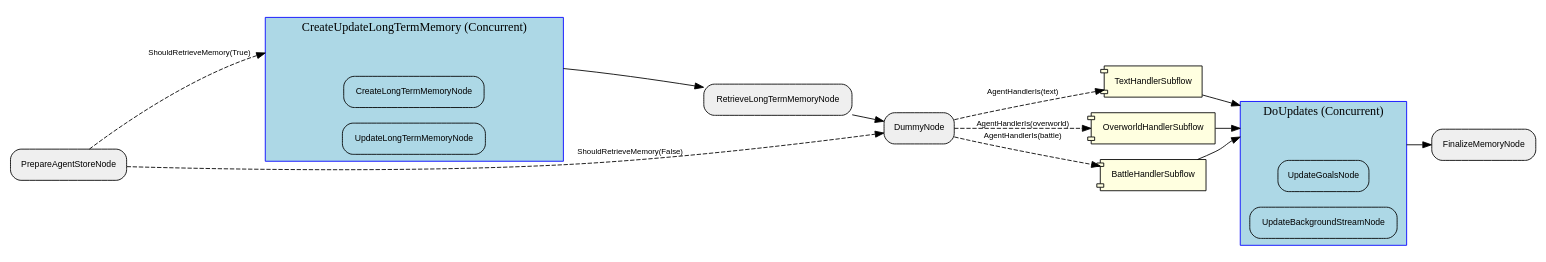
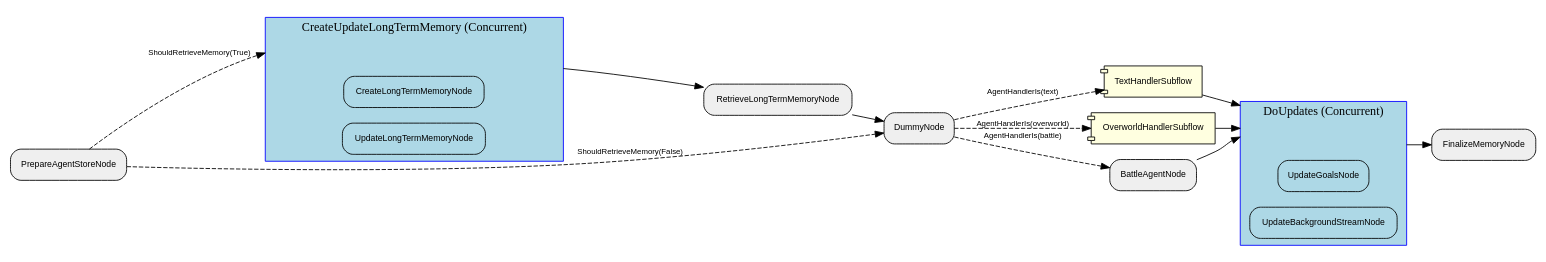
One commit to clambro/ai-plays-pokemon changed the diagram in visualization/agent_graph/Graph.dot. Above: the diagram before and after it, drawn with Graphviz. The commit also changed 82 other files, not shown here.

First line of the commit message:
Replace the junjo battle subflow with a Pydantic AI agent (#91)

```diff
--- a/visualization/agent_graph/Graph.dot
+++ b/visualization/agent_graph/Graph.dot
@@ -1,46 +1,46 @@
 digraph "G" {
   rankdir=LR;
   compound=true;
   node [shape=box, style="rounded,filled", fillcolor="#EFEFEF", fontname="Helvetica", fontsize=10];
   edge [fontname="Helvetica", fontsize=9];
   subgraph "cluster_o0O6dLxKLhdviNccnpYR1" {
     label="CreateUpdateLongTermMemory (Concurrent)";
     style="filled"; fillcolor="lightblue"; color="blue";
     node [fillcolor="lightblue", style="filled,rounded"];
     "o0O6dLxKLhdviNccnpYR1__entry" [label="", shape=point, width=0.01, style=invis];
     "o0O6dLxKLhdviNccnpYR1__exit"  [label="", shape=point, width=0.01, style=invis];
     g44YdhDLLbvrLy1YJ5SG7 [label="CreateLongTermMemoryNode"];
     QmkJGpdVAtGnBNCpujMZF [label="UpdateLongTermMemoryNode"];
   }
   subgraph "cluster_RtTGRwTSA4xy6Vozt075l" {
     label="DoUpdates (Concurrent)";
     style="filled"; fillcolor="lightblue"; color="blue";
     node [fillcolor="lightblue", style="filled,rounded"];
     "RtTGRwTSA4xy6Vozt075l__entry" [label="", shape=point, width=0.01, style=invis];
     "RtTGRwTSA4xy6Vozt075l__exit"  [label="", shape=point, width=0.01, style=invis];
     jFSoMuMTOFy83u5f7QtdA [label="UpdateGoalsNode"];
     Xkjw6xyXXtMlWihLEuQNs [label="UpdateBackgroundStreamNode"];
   }
   IM2bYZ8Egf0jU6WaHJeVQ [label="TextHandlerSubflow", shape=component, style="filled,rounded", fillcolor="lightyellow"];
   QIkEPkcV0JILIFlaS7gHv [label="OverworldHandlerSubflow", shape=component, style="filled,rounded", fillcolor="lightyellow"];
   QmkJGpdVAtGnBNCpujMZF [label="UpdateLongTermMemoryNode"];
   jFSoMuMTOFy83u5f7QtdA [label="UpdateGoalsNode"];
-  "8FrRI8S0ibkT8Vb9m2MzO" [label="BattleHandlerSubflow", shape=component, style="filled,rounded", fillcolor="lightyellow"];
+  "8FrRI8S0ibkT8Vb9m2MzO" [label="BattleAgentNode"];
   R23Y0lV9pKaQNMzlq9lca [label="RetrieveLongTermMemoryNode"];
   WkMzn53ZyL0YzPFXYCCEc [label="DummyNode"];
   g44YdhDLLbvrLy1YJ5SG7 [label="CreateLongTermMemoryNode"];
   "8BjzGaYDQzV6g798mESdp" [label="PrepareAgentStoreNode"];
   Xkjw6xyXXtMlWihLEuQNs [label="UpdateBackgroundStreamNode"];
   finalizeMemory [label="FinalizeMemoryNode"];
   "8BjzGaYDQzV6g798mESdp" -> o0O6dLxKLhdviNccnpYR1__entry [lhead="cluster_o0O6dLxKLhdviNccnpYR1", style="dashed", label="ShouldRetrieveMemory(True)"];
   o0O6dLxKLhdviNccnpYR1__exit -> R23Y0lV9pKaQNMzlq9lca [ltail="cluster_o0O6dLxKLhdviNccnpYR1", style="solid"];
   "8BjzGaYDQzV6g798mESdp" -> WkMzn53ZyL0YzPFXYCCEc [style="dashed", label="ShouldRetrieveMemory(False)"];
   R23Y0lV9pKaQNMzlq9lca -> WkMzn53ZyL0YzPFXYCCEc [style="solid"];
   WkMzn53ZyL0YzPFXYCCEc -> QIkEPkcV0JILIFlaS7gHv [style="dashed", label="AgentHandlerIs(overworld)"];
   WkMzn53ZyL0YzPFXYCCEc -> "8FrRI8S0ibkT8Vb9m2MzO" [style="dashed", label="AgentHandlerIs(battle)"];
   WkMzn53ZyL0YzPFXYCCEc -> IM2bYZ8Egf0jU6WaHJeVQ [style="dashed", label="AgentHandlerIs(text)"];
   IM2bYZ8Egf0jU6WaHJeVQ -> RtTGRwTSA4xy6Vozt075l__entry [lhead="cluster_RtTGRwTSA4xy6Vozt075l", style="solid"];
   "8FrRI8S0ibkT8Vb9m2MzO" -> RtTGRwTSA4xy6Vozt075l__entry [lhead="cluster_RtTGRwTSA4xy6Vozt075l", style="solid"];
   QIkEPkcV0JILIFlaS7gHv -> RtTGRwTSA4xy6Vozt075l__entry [lhead="cluster_RtTGRwTSA4xy6Vozt075l", style="solid"];
   RtTGRwTSA4xy6Vozt075l__exit -> finalizeMemory [ltail="cluster_RtTGRwTSA4xy6Vozt075l", style="solid"];
 }
```
